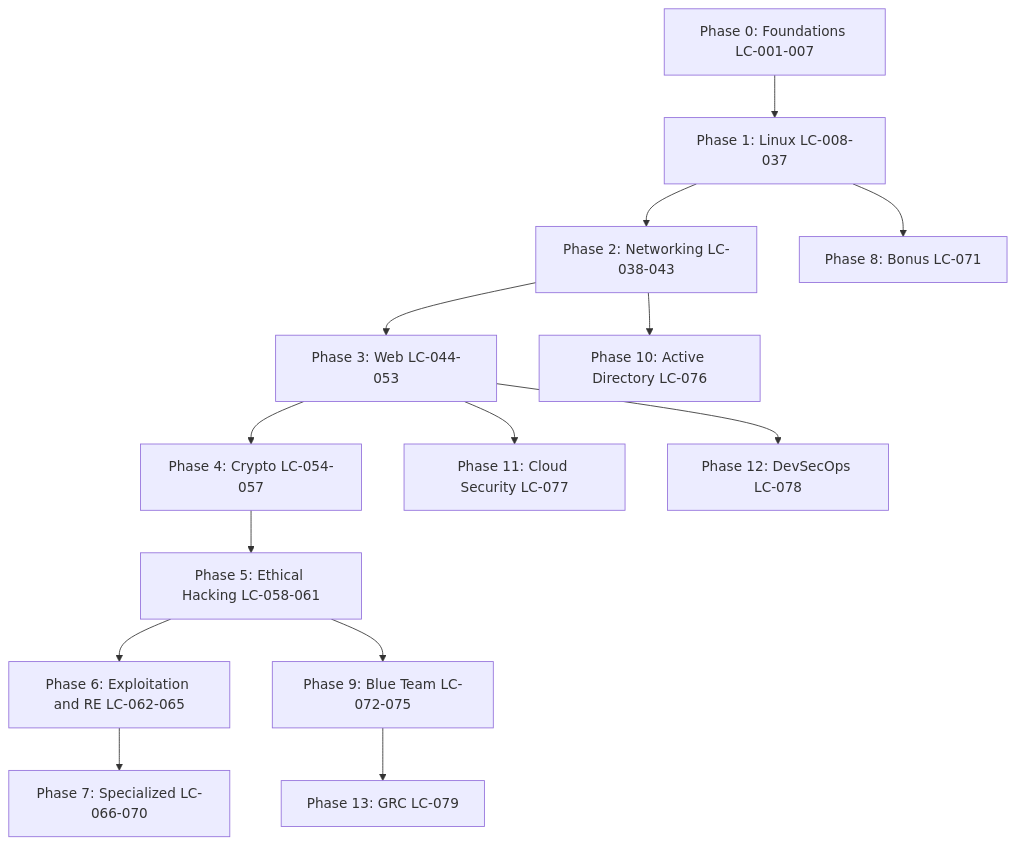
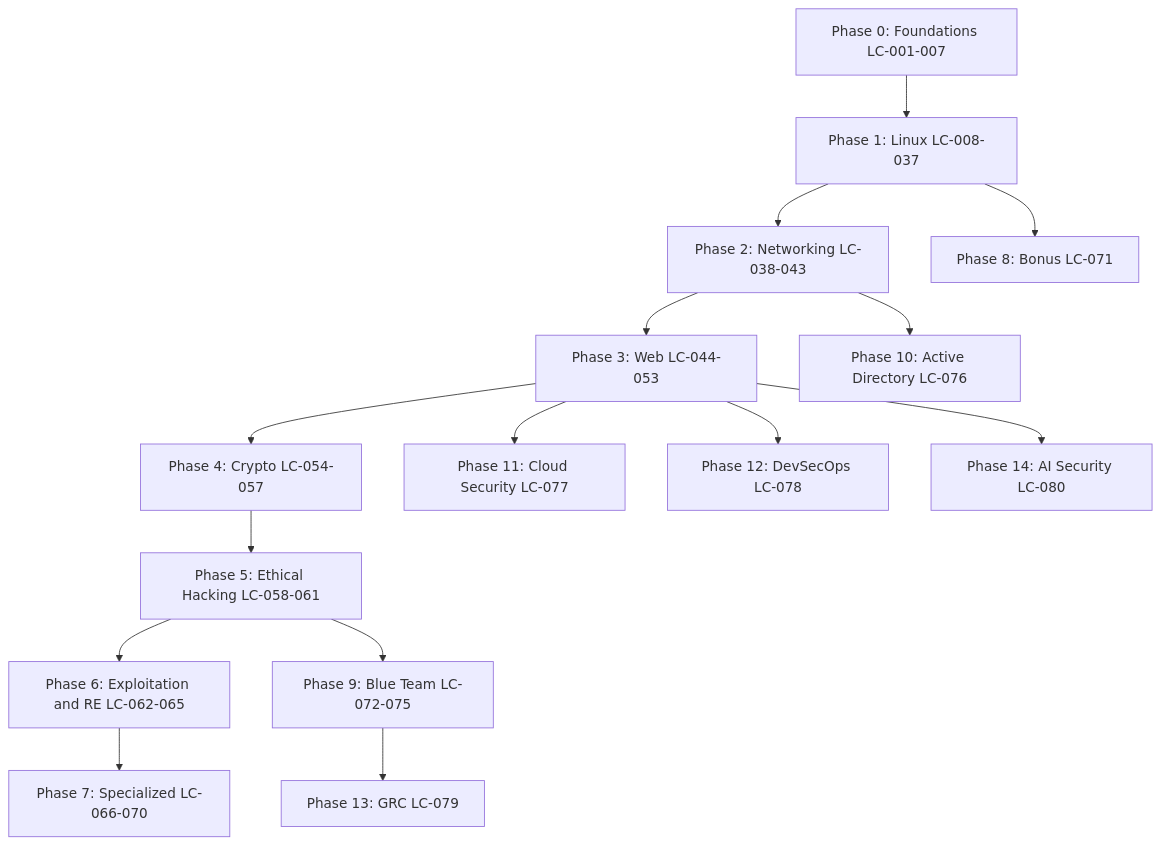
The diagram in ROADMAP.md (Kodokthegr3at/Zero2Root), drawn with Mermaid before and after one commit. The commit also changed other lines of this file and 16 other files, not shown here.

Commit message:
Add LC-080 AI & LLM Security Fundamentals (id/en/ja) as Phase 14

````diff
--- a/ROADMAP.md
+++ b/ROADMAP.md
@@ -21,16 +21,17 @@
 ```mermaid
 flowchart TD
     P0[Phase 0: Foundations LC-001-007] --> P1[Phase 1: Linux LC-008-037]
     P1 --> P2[Phase 2: Networking LC-038-043]
     P2 --> P3[Phase 3: Web LC-044-053]
     P3 --> P4[Phase 4: Crypto LC-054-057]
     P4 --> P5[Phase 5: Ethical Hacking LC-058-061]
     P5 --> P6[Phase 6: Exploitation and RE LC-062-065]
     P6 --> P7[Phase 7: Specialized LC-066-070]
     P1 --> P8[Phase 8: Bonus LC-071]
     P5 --> P9[Phase 9: Blue Team LC-072-075]
     P2 --> P10[Phase 10: Active Directory LC-076]
     P3 --> P11[Phase 11: Cloud Security LC-077]
     P3 --> P12[Phase 12: DevSecOps LC-078]
     P9 --> P13[Phase 13: GRC LC-079]
+    P3 --> P14[Phase 14: AI Security LC-080]
 ```
````
